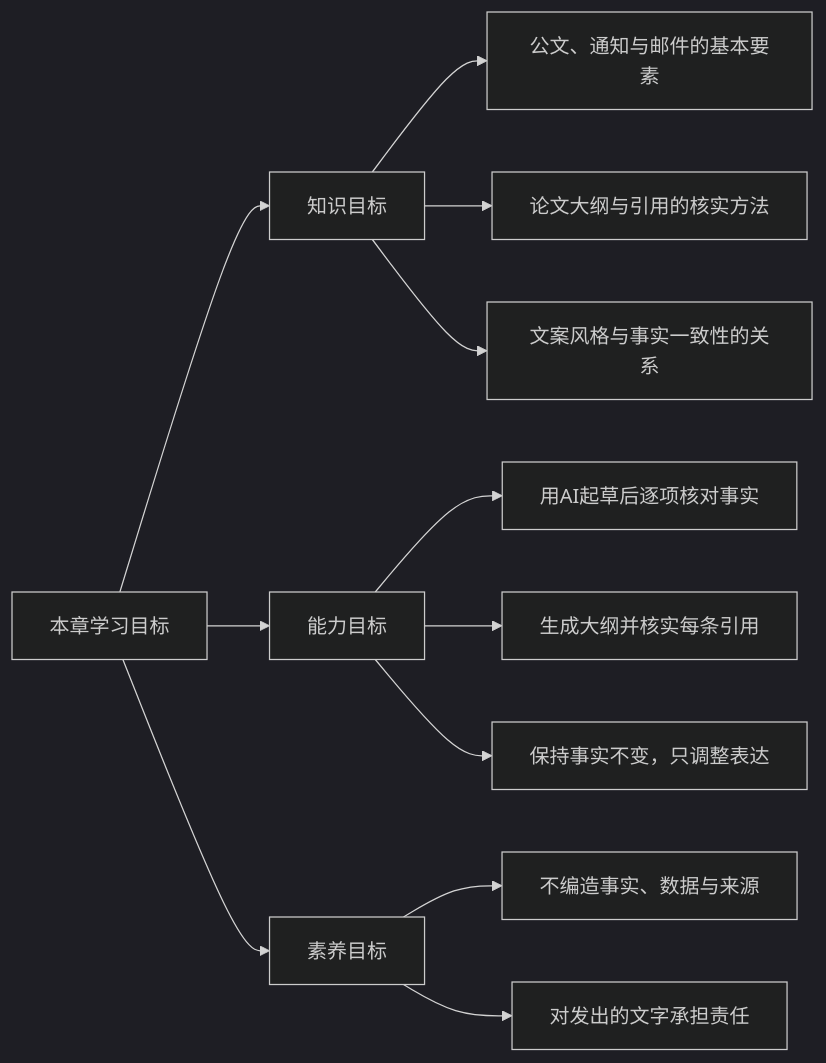
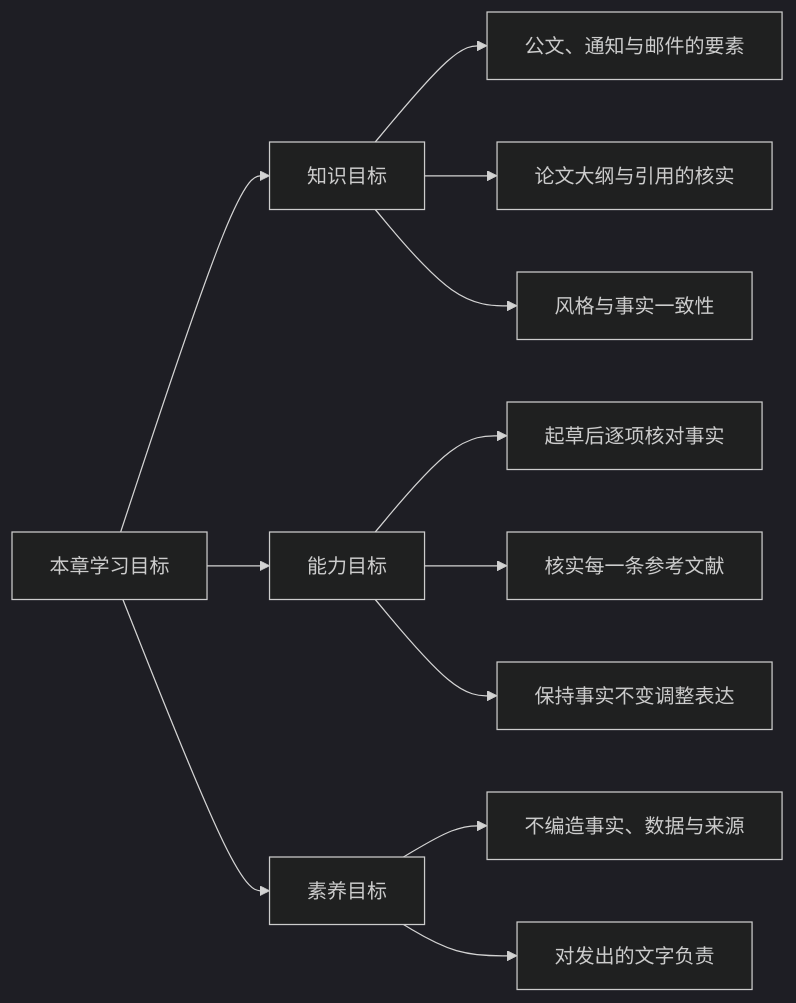
The diagram in 《AI工具实战应用》/章节图片/第3章/mermaid/02_学习目标.mmd (xuehui003-1/book), drawn with Mermaid (dark theme) before and after one commit. The commit also changed 18 other files, not shown here.

Commit message:
AI工具实战应用：修正第3章图片布局（横向流程、中文字体）、重新生成第3章docx；修正第2章核验难度象限图标题截断并更新样章v7/v8

```diff
--- a/《AI工具实战应用》/章节图片/第3章/mermaid/02_学习目标.mmd
+++ b/《AI工具实战应用》/章节图片/第3章/mermaid/02_学习目标.mmd
@@ -1,12 +1,12 @@
 flowchart LR
   G["本章学习目标"] --> K["知识目标"]
   G --> A["能力目标"]
   G --> Q["素养目标"]
-  K --> K1["公文、通知与邮件的基本要素"]
-  K --> K2["论文大纲与引用的核实方法"]
-  K --> K3["文案风格与事实一致性的关系"]
-  A --> A1["用AI起草后逐项核对事实"]
-  A --> A2["生成大纲并核实每条引用"]
-  A --> A3["保持事实不变，只调整表达"]
+  K --> K1["公文、通知与邮件的要素"]
+  K --> K2["论文大纲与引用的核实"]
+  K --> K3["风格与事实一致性"]
+  A --> A1["起草后逐项核对事实"]
+  A --> A2["核实每一条参考文献"]
+  A --> A3["保持事实不变调整表达"]
   Q --> Q1["不编造事实、数据与来源"]
-  Q --> Q2["对发出的文字承担责任"]
+  Q --> Q2["对发出的文字负责"]
```
